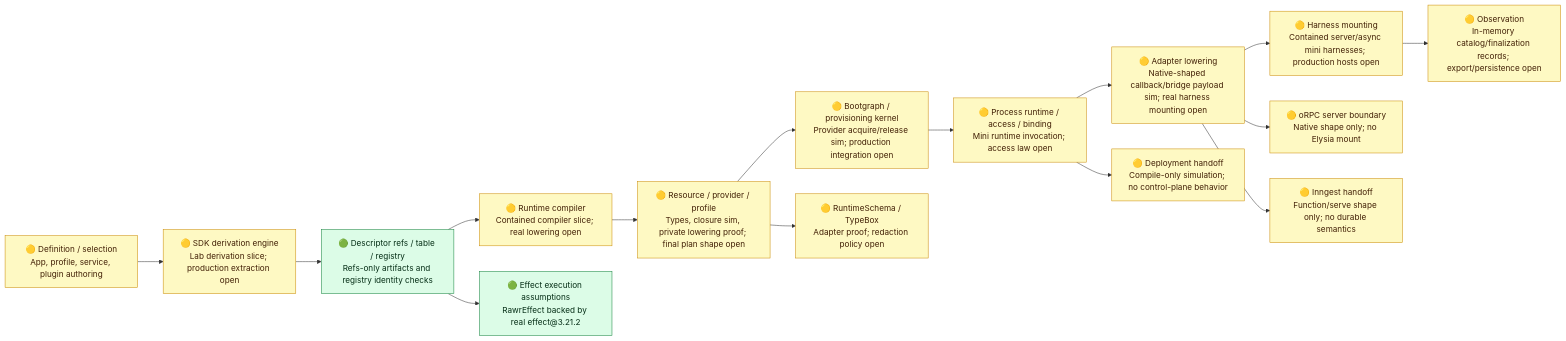
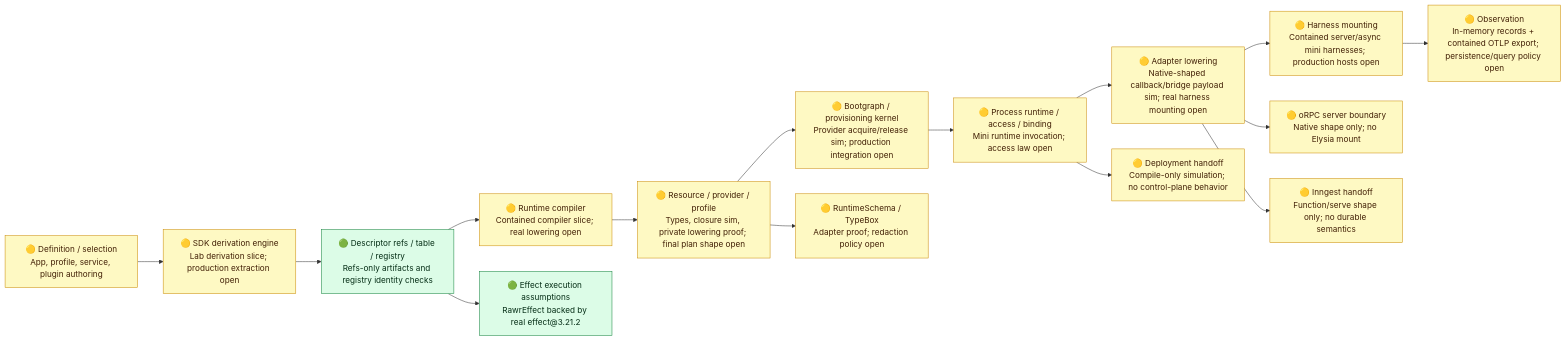
One commit to rawr-ai/rawr-hq-template changed the diagram in tools/runtime-realization-type-env/evidence/runtime-spine-verification-diagnostic.md. Above: the diagram before and after it, drawn with Mermaid. The commit also changed other lines of this file and 7 other files, not shown here.

Commit message:
feat(runtime): prove telemetry observation export

````diff
--- a/tools/runtime-realization-type-env/evidence/runtime-spine-verification-diagnostic.md
+++ b/tools/runtime-realization-type-env/evidence/runtime-spine-verification-diagnostic.md
@@ -19,25 +19,25 @@
 ```mermaid
 flowchart LR
   A["🟡 Definition / selection<br/>App, profile, service, plugin authoring"] --> B["🟡 SDK derivation engine<br/>Lab derivation slice; production extraction open"]
   B --> C["🟢 Descriptor refs / table / registry<br/>Refs-only artifacts and registry identity checks"]
   C --> D["🟡 Runtime compiler<br/>Contained compiler slice; real lowering open"]
   D --> E["🟡 Resource / provider / profile<br/>Types, closure sim, private lowering proof; final plan shape open"]
   E --> F["🟡 Bootgraph / provisioning kernel<br/>Provider acquire/release sim; production integration open"]
   F --> G["🟡 Process runtime / access / binding<br/>Mini runtime invocation; access law open"]
   G --> H["🟡 Adapter lowering<br/>Native-shaped callback/bridge payload sim; real harness mounting open"]
   H --> I["🟡 Harness mounting<br/>Contained server/async mini harnesses; production hosts open"]
-  I --> J["🟡 Observation<br/>In-memory catalog/finalization records; export/persistence open"]
+  I --> J["🟡 Observation<br/>In-memory records + contained OTLP export; persistence/query policy open"]
 
   C --> K["🟢 Effect execution assumptions<br/>RawrEffect backed by real effect@3.21.2"]
   E --> L["🟡 RuntimeSchema / TypeBox<br/>Adapter proof; redaction policy open"]
   H --> M["🟡 oRPC server boundary<br/>Native shape only; no Elysia mount"]
   H --> N["🟡 Inngest handoff<br/>Function/serve shape only; no durable semantics"]
   G --> O["🟡 Deployment handoff<br/>Compile-only simulation; no control-plane behavior"]
 
   classDef green fill:#dcfce7,stroke:#15803d,color:#052e16;
   classDef yellow fill:#fef9c3,stroke:#ca8a04,color:#422006;
   classDef red fill:#fee2e2,stroke:#b91c1c,color:#450a0a;
   class C,K green;
   class A,B,D,E,F,G,H,J,L,M,N,O yellow;
   class I yellow;
 ```
````
